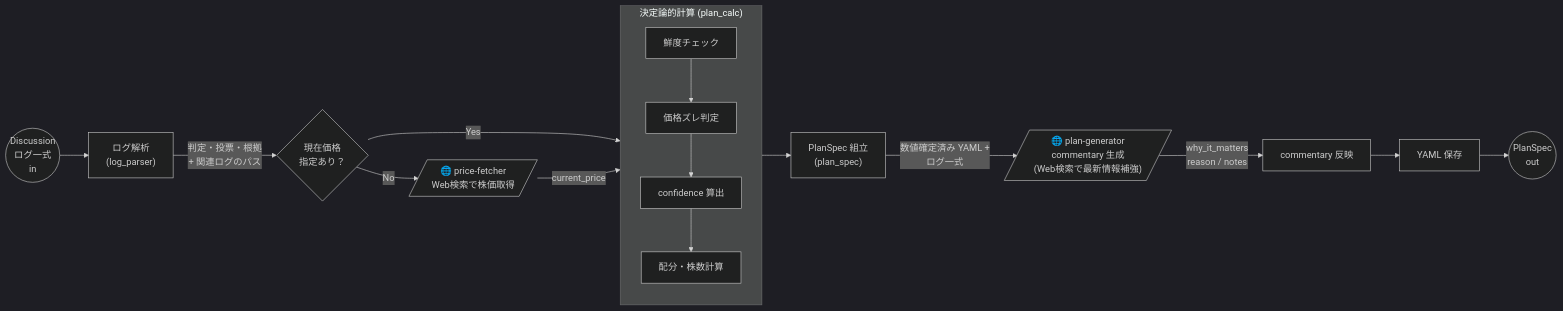
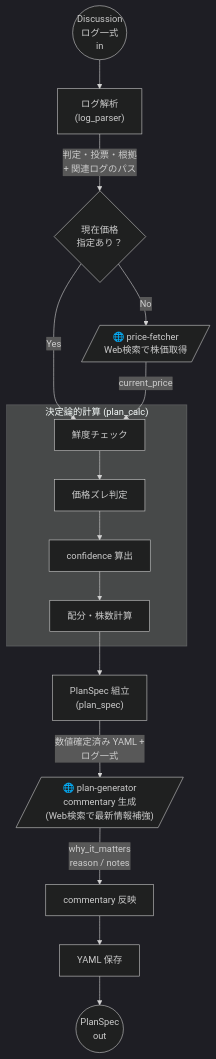
Before and after one commit to oSUiMiNo/Kabu-Trading1: the diagram in Planning/MyDocs/workflow.md, drawn with Mermaid (dark theme). The commit also changed 16 other files, not shown here.

````diff
--- a/Planning/MyDocs/workflow.md
+++ b/Planning/MyDocs/workflow.md
@@ -3,28 +3,28 @@
 ```mermaid
-flowchart LR
+flowchart TB
     in((Discussion<br>ログ一式<br>in))
 
     in --> LP["ログ解析<br>(log_parser)"]
 
     LP --> |"判定・投票・根拠<br>+ 関連ログのパス"| PC{"現在価格<br>指定あり？"}
 
     PC --> |No| PF[/"🌐 price-fetcher<br>Web検索で株価取得"/]
-    PC --> |Yes| CALC
+    PC --> |Yes| C1
 
-    PF --> |"current_price"| CALC
+    PF --> |"current_price"| C1
 
     subgraph CALC ["決定論的計算 (plan_calc)"]
         C1["鮮度チェック"] --> C2["価格ズレ判定"]
         C2 --> C3["confidence 算出"]
         C3 --> C4["配分・株数計算"]
     end
 
-    CALC --> PS["PlanSpec 組立<br>(plan_spec)"]
+    C4 --> PS["PlanSpec 組立<br>(plan_spec)"]
 
     PS --> |"数値確定済み YAML +<br>ログ一式"| PG[/"🌐 plan-generator<br>commentary 生成<br>(Web検索で最新情報補強)"/]
 
     PG --> |"why_it_matters<br>reason / notes"| MG["commentary 反映"]
 
     MG --> OUT["YAML 保存"]
     OUT --> out((PlanSpec<br>out))
 ```
````
